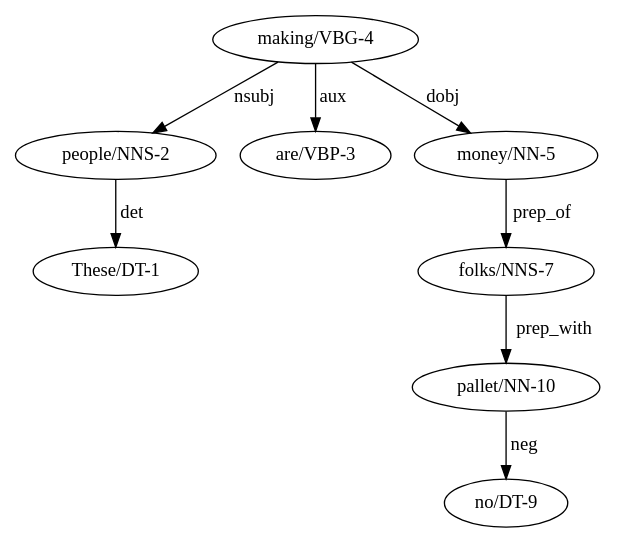
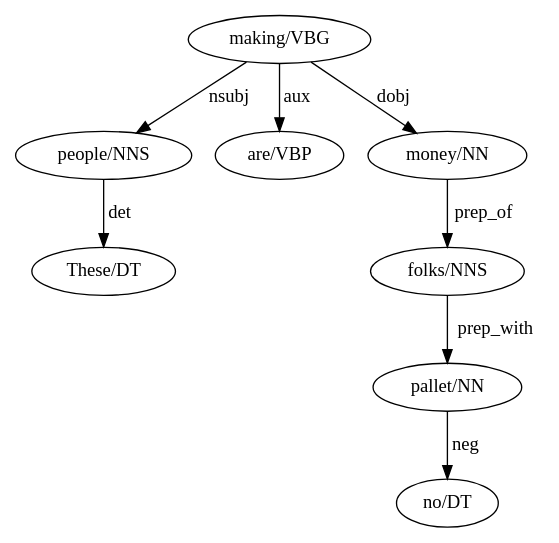
Before and after one commit to cosmozhang/ml_final_project_yelp: the diagram in senti/eg2.dot, drawn with Graphviz. The commit also changed 16 other files, not shown here.

```diff
--- a/senti/eg2.dot
+++ b/senti/eg2.dot
@@ -1,17 +1,17 @@
 digraph  {
-  N_1 [label="These/DT-1"];
-  N_2 [label="people/NNS-2"];
-  N_3 [label="are/VBP-3"];
-  N_4 [label="making/VBG-4"];
-  N_5 [label="money/NN-5"];
-  N_7 [label="folks/NNS-7"];
-  N_9 [label="no/DT-9"];
-  N_10 [label="pallet/NN-10"];
+  N_1 [label="These/DT"];
+  N_2 [label="people/NNS"];
+  N_3 [label="are/VBP"];
+  N_4 [label="making/VBG"];
+  N_5 [label="money/NN"];
+  N_7 [label="folks/NNS"];
+  N_9 [label="no/DT"];
+  N_10 [label="pallet/NN"];
   N_2 -> N_1 [label="det"];
   N_4 -> N_2 [label="nsubj"];
   N_4 -> N_3 [label="aux"];
   N_4 -> N_5 [label="dobj"];
   N_5 -> N_7 [label="prep_of"];
   N_7 -> N_10 [label="prep_with"];
   N_10 -> N_9 [label="neg"];
 }
```
